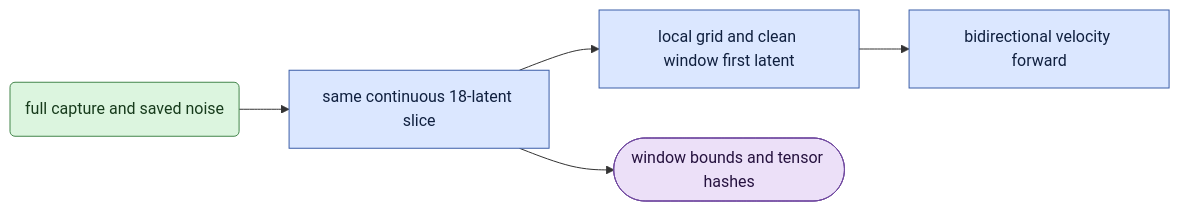
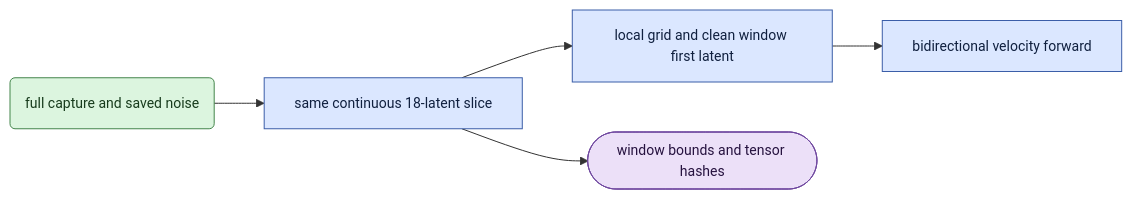
The diagram in scripts/prune/doc/data/training_windows.md (AtlantixJJ/LTX-2), drawn with Mermaid before and after one commit. The commit also changed 29 other files, not shown here.

````diff
--- a/scripts/prune/doc/data/training_windows.md
+++ b/scripts/prune/doc/data/training_windows.md
@@ -33,13 +33,14 @@
 ```mermaid
+%%{init: {"themeVariables": {"fontSize": "14px"}}}%%
 flowchart LR
   I("full capture and saved noise") --> W["same continuous 18-latent slice"]
   W --> C["local grid and clean window first latent"]
   C --> M["bidirectional velocity forward"]
   W --> R(["window bounds and tensor hashes"])
   classDef proc fill:#dbe7ff,stroke:#3b5ea8,color:#10203f;
   classDef tensor fill:#dcf5df,stroke:#43854b,color:#173b1c;
   classDef out fill:#ece0f8,stroke:#7048a0,color:#26123f;
   class W,C,M proc;
   class I tensor;
   class R out;
 ```
````
